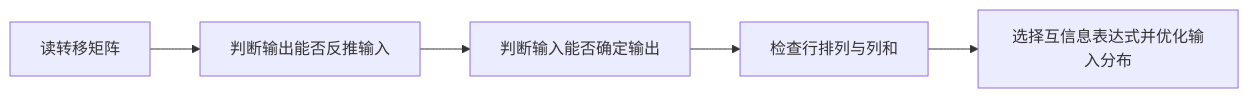
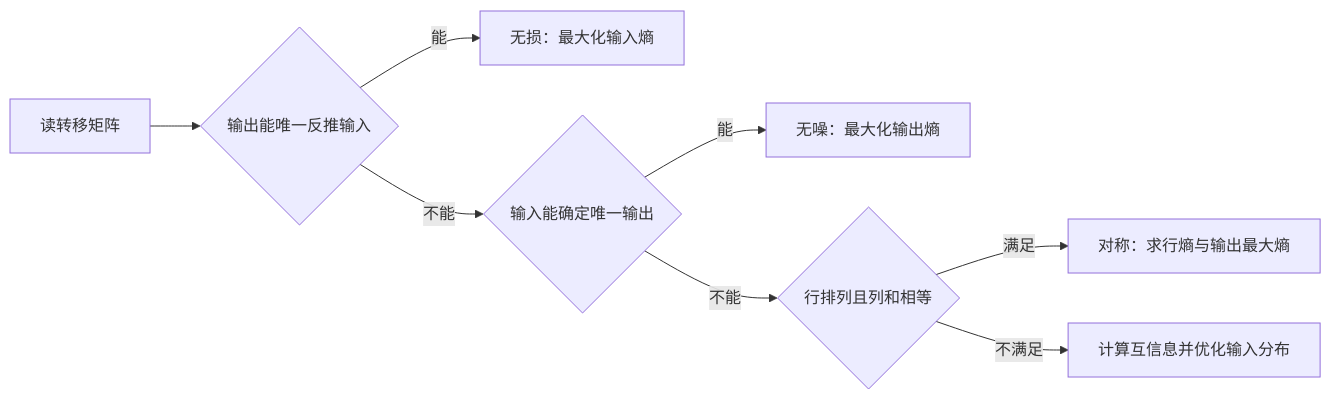
The second of 2 diagrams in 学习/学校课程/信息论基础（2学分）/08 第8课 离散信道容量与对称信道.md (3280441136-lab/My_Obsidian_Notes), drawn with Mermaid before and after one commit.

Commit message:
vault backup: 2026-10-21 00:14:50

````diff
--- a/学习/学校课程/信息论基础（2学分）/08 第8课 离散信道容量与对称信道.md
+++ b/学习/学校课程/信息论基础（2学分）/08 第8课 离散信道容量与对称信道.md
@@ -214,7 +214,10 @@
 ```mermaid
 flowchart LR
-    W[读转移矩阵] --> R[判断输出能否反推输入]
-    R --> S[判断输入能否确定输出]
-    S --> T[检查行排列与列和]
-    T --> U[选择互信息表达式并优化输入分布]
+    W[读转移矩阵] --> R{输出能唯一反推输入}
+    R -- 能 --> L[无损：最大化输入熵]
+    R -- 不能 --> S{输入能确定唯一输出}
+    S -- 能 --> N[无噪：最大化输出熵]
+    S -- 不能 --> T{行排列且列和相等}
+    T -- 满足 --> U[对称：求行熵与输出最大熵]
+    T -- 不满足 --> V[计算互信息并优化输入分布]
 ```
````
